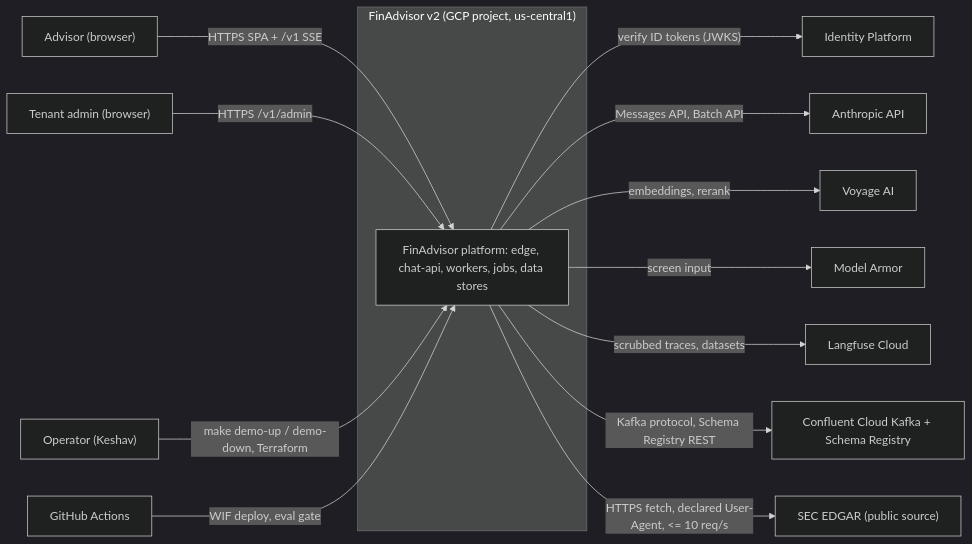
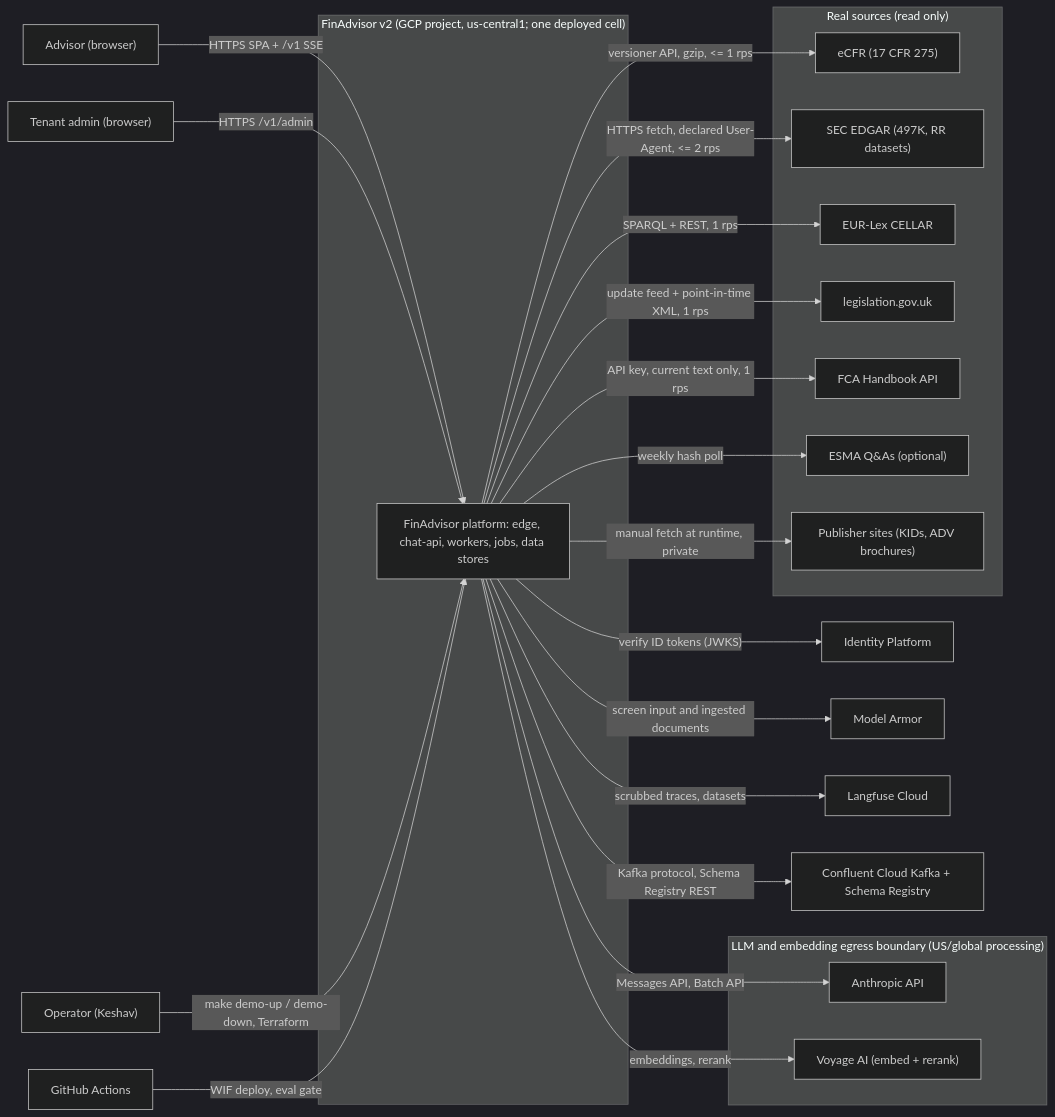
Before and after one commit to Keshav0375/sage: the diagram in context/projects/finadvisor/arch/overview/03-system-context-and-boundaries.md, drawn with Mermaid (dark theme). The commit also changed other lines of this file and 37 other files, not shown here.

````diff
--- a/context/projects/finadvisor/arch/overview/03-system-context-and-boundaries.md
+++ b/context/projects/finadvisor/arch/overview/03-system-context-and-boundaries.md
@@ -3,28 +3,44 @@
 ```mermaid
 flowchart LR
     adv["Advisor (browser)"]
     tadm["Tenant admin (browser)"]
     op["Operator (Keshav)"]
-    subgraph sys["FinAdvisor v2 (GCP project, us-central1)"]
+    subgraph sys["FinAdvisor v2 (GCP project, us-central1; one deployed cell)"]
         fa["FinAdvisor platform: edge, chat-api, workers, jobs, data stores"]
     end
     idp["Identity Platform"]
-    ant["Anthropic API"]
-    voy["Voyage AI"]
     marm["Model Armor"]
     lf["Langfuse Cloud"]
     cc["Confluent Cloud Kafka + Schema Registry"]
-    edgar["SEC EDGAR (public source)"]
     gh["GitHub Actions"]
+    subgraph egress["LLM and embedding egress boundary (US/global processing)"]
+        ant["Anthropic API"]
+        voy["Voyage AI (embed + rerank)"]
+    end
+    subgraph srcs["Real sources (read only)"]
+        ecfr["eCFR (17 CFR 275)"]
+        edgar["SEC EDGAR (497K, RR datasets)"]
+        cellar["EUR-Lex CELLAR"]
+        ukleg["legislation.gov.uk"]
+        fca["FCA Handbook API"]
+        esma["ESMA Q&As (optional)"]
+        pub["Publisher sites (KIDs, ADV brochures)"]
+    end
     adv -->|"HTTPS SPA + /v1 SSE"| fa
     tadm -->|"HTTPS /v1/admin"| fa
     op -->|"make demo-up / demo-down, Terraform"| fa
     fa -->|"verify ID tokens (JWKS)"| idp
     fa -->|"Messages API, Batch API"| ant
     fa -->|"embeddings, rerank"| voy
-    fa -->|"screen input"| marm
+    fa -->|"screen input and ingested documents"| marm
     fa -->|"scrubbed traces, datasets"| lf
     fa -->|"Kafka protocol, Schema Registry REST"| cc
-    fa -->|"HTTPS fetch, declared User-Agent, <= 10 req/s"| edgar
+    fa -->|"versioner API, gzip, <= 1 rps"| ecfr
+    fa -->|"HTTPS fetch, declared User-Agent, <= 2 rps"| edgar
+    fa -->|"SPARQL + REST, 1 rps"| cellar
+    fa -->|"update feed + point-in-time XML, 1 rps"| ukleg
+    fa -->|"API key, current text only, 1 rps"| fca
+    fa -->|"weekly hash poll"| esma
+    fa -->|"manual fetch at runtime, private"| pub
     gh -->|"WIF deploy, eval gate"| fa
 ```
````
